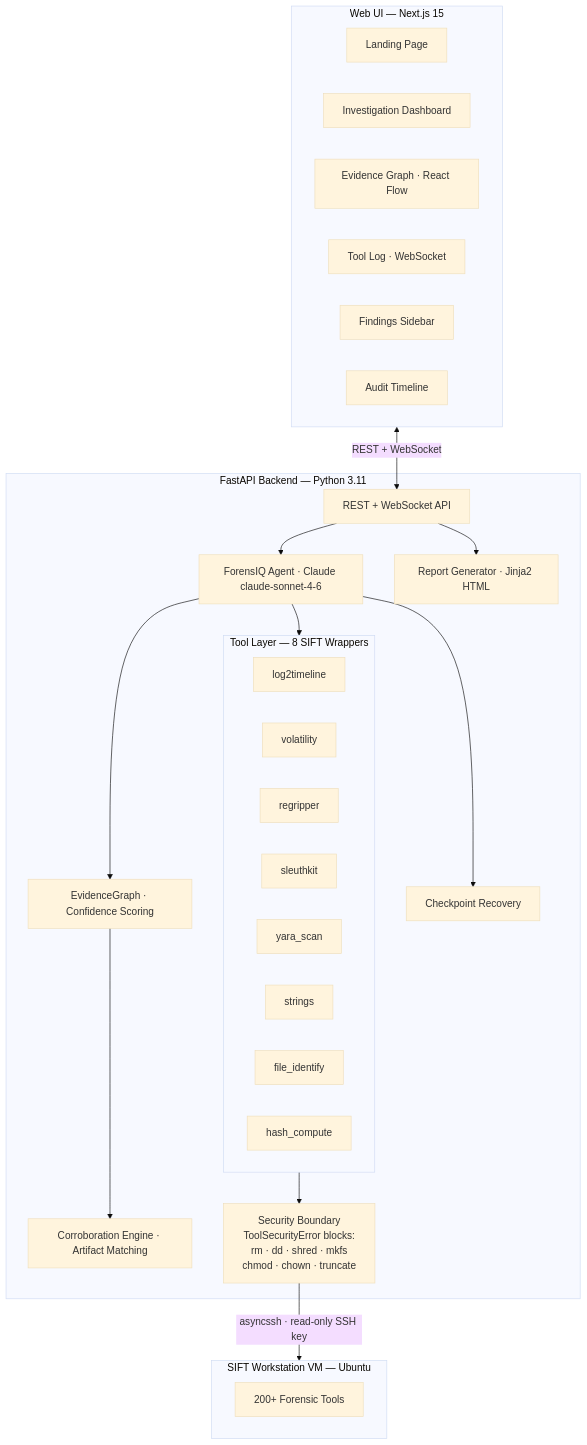
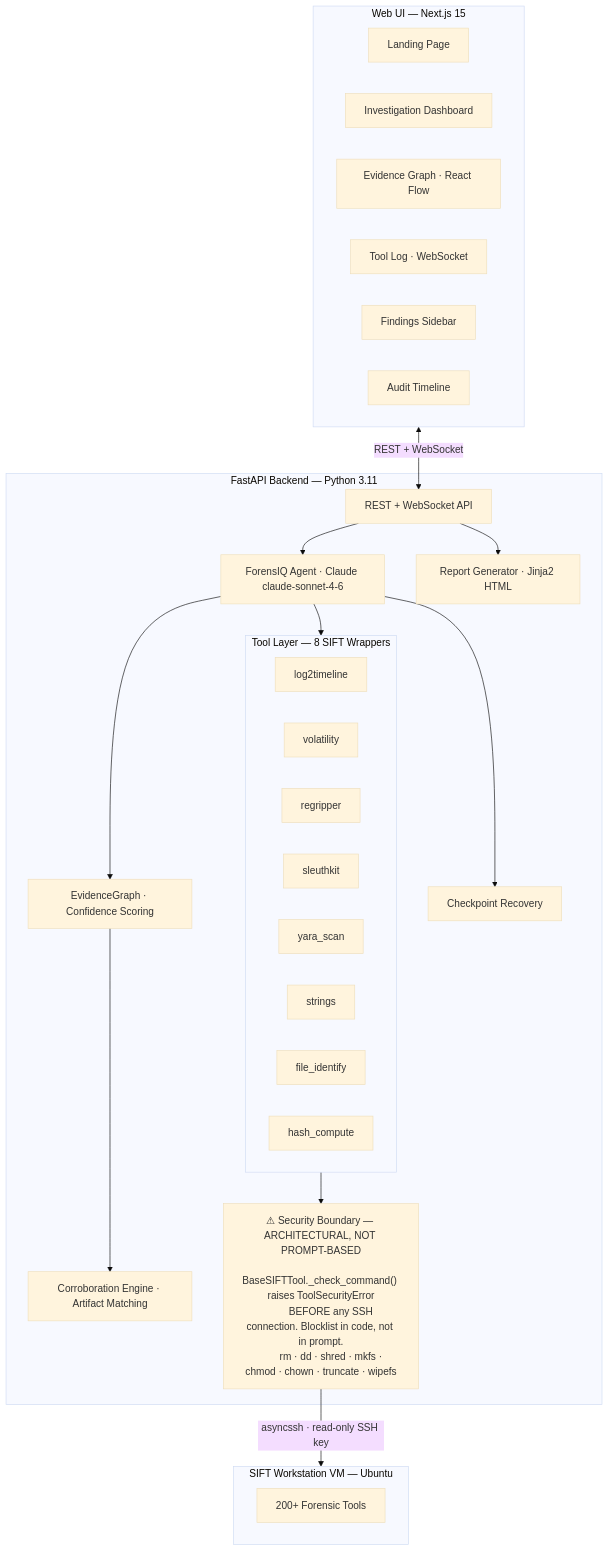
The first of 2 diagrams in docs/ARCHITECTURE.md (mystiquemide/forensiciq), drawn with Mermaid (base theme) before and after one commit. The commit also changed 3 other files, not shown here.

First line of the commit message:
fix: surface architectural enforcement + add token tracking to log

````diff
--- a/docs/ARCHITECTURE.md
+++ b/docs/ARCHITECTURE.md
@@ -11,50 +11,50 @@
 ```mermaid
 flowchart TB
     subgraph UI["Web UI — Next.js 15"]
         LP[Landing Page]
         ID[Investigation Dashboard]
         EG[Evidence Graph · React Flow]
         TL[Tool Log · WebSocket]
         FS[Findings Sidebar]
         AT[Audit Timeline]
     end
 
     subgraph Backend["FastAPI Backend — Python 3.11"]
         RT[REST + WebSocket API]
         AG[ForensIQ Agent · Claude claude-sonnet-4-6]
         EGE[EvidenceGraph · Confidence Scoring]
         CE[Corroboration Engine · Artifact Matching]
         CP[Checkpoint Recovery]
         RPT[Report Generator · Jinja2 HTML]
 
         subgraph Tools["Tool Layer — 8 SIFT Wrappers"]
             T1[log2timeline]
             T2[volatility]
             T3[regripper]
             T4[sleuthkit]
             T5[yara_scan]
             T6[strings]
             T7[file_identify]
             T8[hash_compute]
         end
 
-        SB["Security Boundary
-        ToolSecurityError blocks:
-        rm · dd · shred · mkfs
-        chmod · chown · truncate"]
+        SB["⚠ Security Boundary — ARCHITECTURAL, NOT PROMPT-BASED
+        BaseSIFTTool._check_command() raises ToolSecurityError
+        BEFORE any SSH connection. Blocklist in code, not in prompt.
+        rm · dd · shred · mkfs · chmod · chown · truncate · wipefs"]
     end
 
     subgraph SIFT["SIFT Workstation VM — Ubuntu"]
         FM[200+ Forensic Tools]
     end
 
     UI <-->|REST + WebSocket| RT
     RT --> AG
     AG --> EGE
     EGE --> CE
     AG --> CP
     AG --> Tools
     Tools --> SB
     SB -->|asyncssh · read-only SSH key| SIFT
     RT --> RPT
 ```
````
